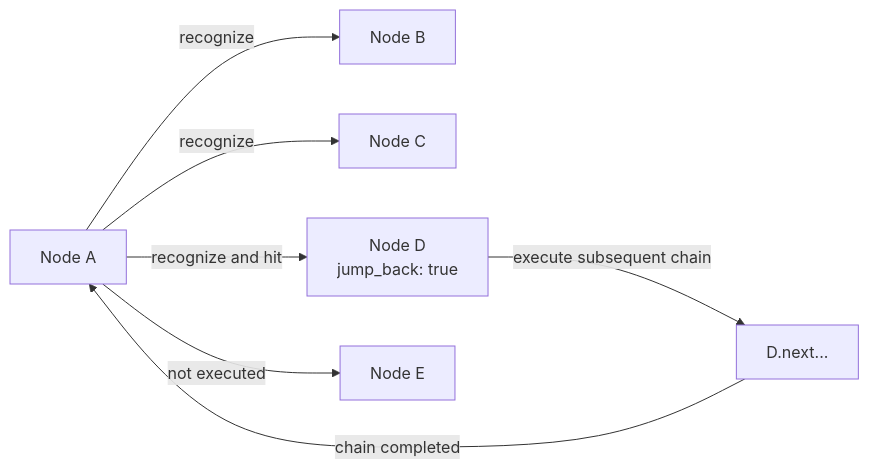
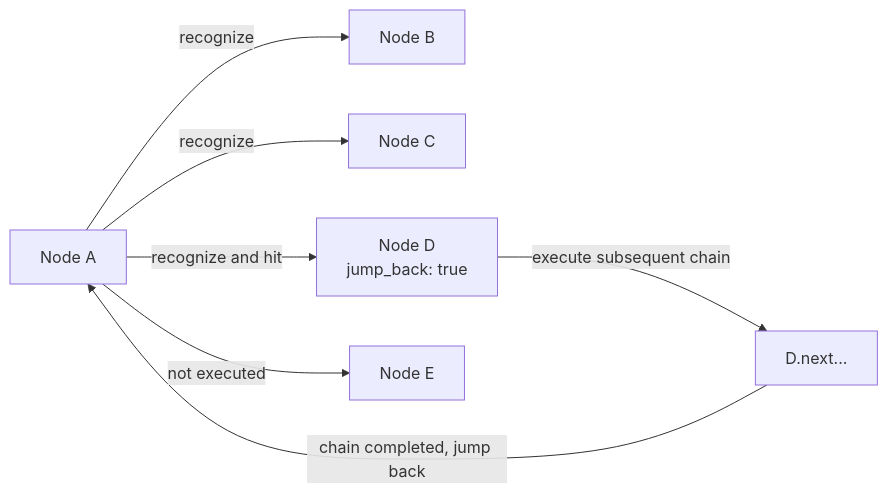
Before and after one commit to MaaXYZ/MaaFramework: the fourth of 4 diagrams in docs/en_us/3.1-PipelineProtocol.md, drawn with Mermaid. The commit also changed 1 other file, not shown here.

Commit message:
docs: 再改改（）

````diff
--- a/docs/en_us/3.1-PipelineProtocol.md
+++ b/docs/en_us/3.1-PipelineProtocol.md
@@ -366,9 +366,9 @@
 ```mermaid
 graph LR
     A[Node A] -->|recognize| B[Node B]
     A -->|recognize| C[Node C]
     A -->|recognize and hit| D[Node D<br/>jump_back: true]
     A -->|not executed| E[Node E]
     D -->|execute subsequent chain| F[D.next...]
-    F -->|chain completed| A
+    F -->|chain completed, jump back| A
 ```
````
